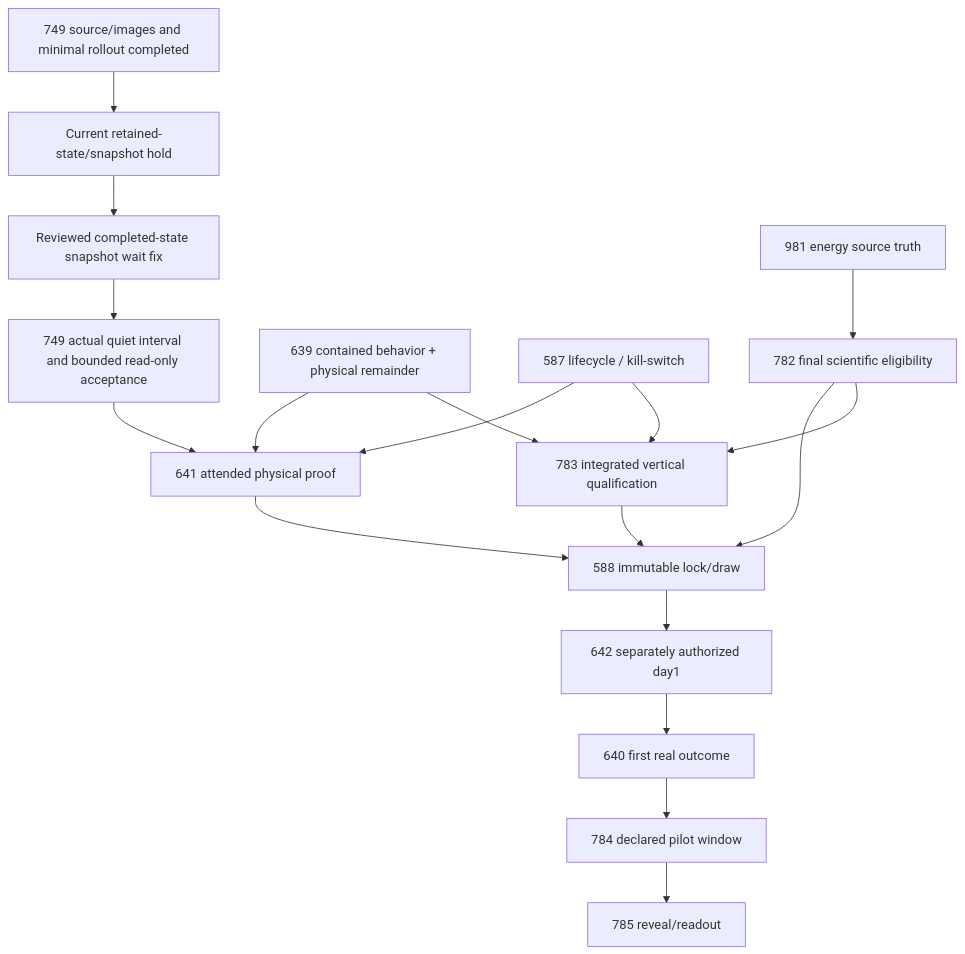
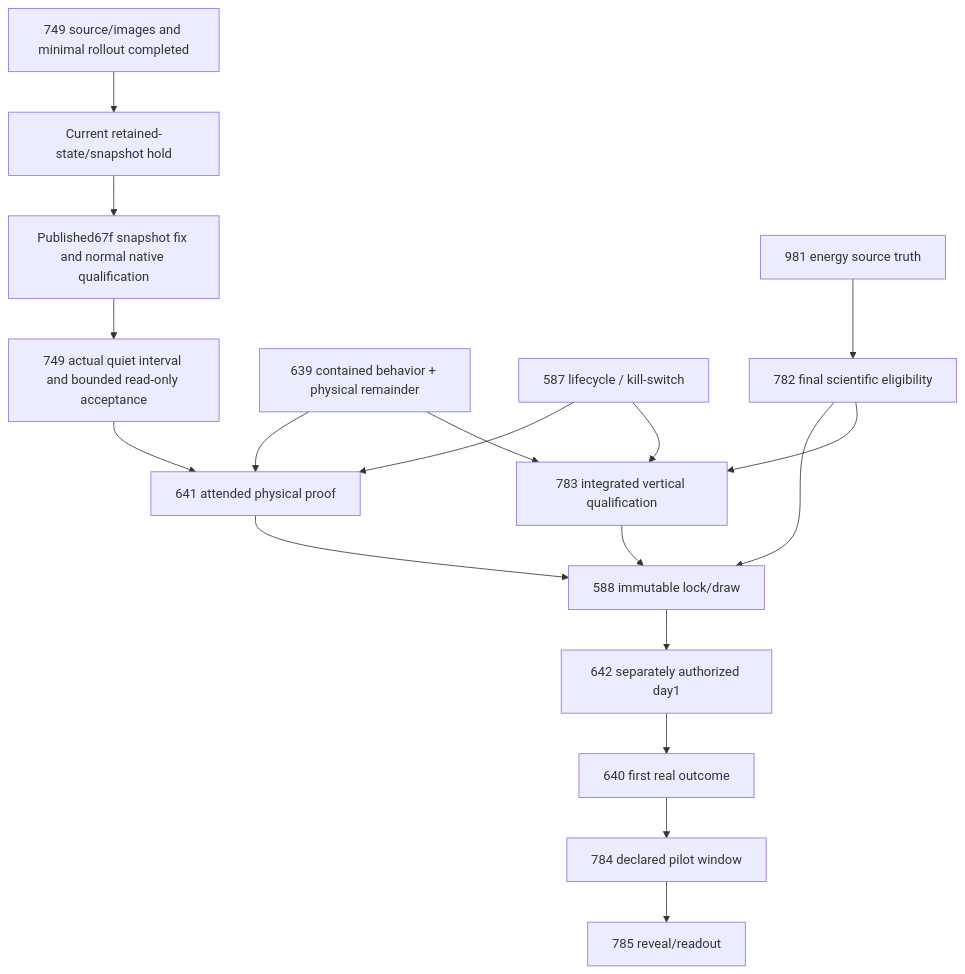
One commit to VerdifyConsultancy/verdify-platform changed the diagram in planning/reviews/2026-10-17/DEPENDENCIES.md. Above: the diagram before and after it, drawn with Mermaid. The commit also changed other lines of this file and 12 other files, not shown here.

Commit message:
docs: track published 749 snapshot fix and native qualification

````diff
--- a/planning/reviews/2026-10-17/DEPENDENCIES.md
+++ b/planning/reviews/2026-10-17/DEPENDENCIES.md
@@ -7,20 +7,20 @@
 ```mermaid
 flowchart TD
   delivery["749 source/images and minimal rollout completed"] --> hold["Current retained-state/snapshot hold"]
-  hold --> remedy["Reviewed completed-state snapshot wait fix"]
+  hold --> remedy["Published67f snapshot fix and normal native qualification"]
   remedy --> i749["749 actual quiet interval and bounded read-only acceptance"]
   i639["639 contained behavior + physical remainder"] --> i783["783 integrated vertical qualification"]
   i587["587 lifecycle / kill-switch"] --> i783
   i981["981 energy source truth"] --> i782["782 final scientific eligibility"]
   i782 --> i783
   i749 --> i641["641 attended physical proof"]
   i639 --> i641
   i587 --> i641
   i641 --> i588["588 immutable lock/draw"]
   i782 --> i588
   i783 --> i588
   i588 --> i642["642 separately authorized day1"]
   i642 --> i640["640 first real outcome"]
   i640 --> i784["784 declared pilot window"]
   i784 --> i785["785 reveal/readout"]
 ```
````
